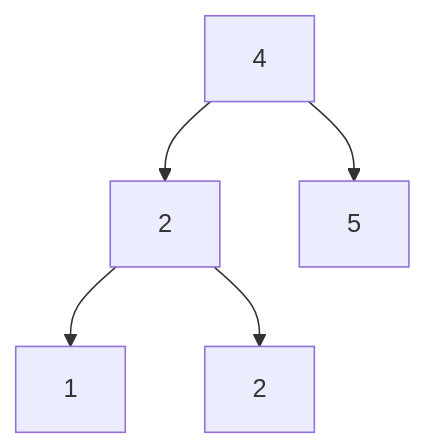
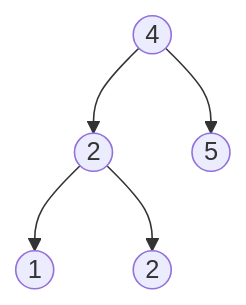
Diagram 11 of 28 in cst/6binnode/Ex6a1binnode.md (3strategy/BeautifulMivney), drawn with Mermaid before and after one commit. The commit also changed other lines of this file and 3 other files, not shown here.

````diff
--- a/cst/6binnode/Ex6a1binnode.md
+++ b/cst/6binnode/Ex6a1binnode.md
@@ -223,7 +223,7 @@
     ```mermaid
     flowchart TB
-      A[4] --> B[2]
-      A --> C[5]:::leaf
-      B --> D[1]:::leaf
-      B --> E[2]:::leaf
+      A((4)) --> B((2))
+      A --> C((5)):::leaf
+      B --> D((1)):::leaf
+      B --> E((2)):::leaf
     ```
````
